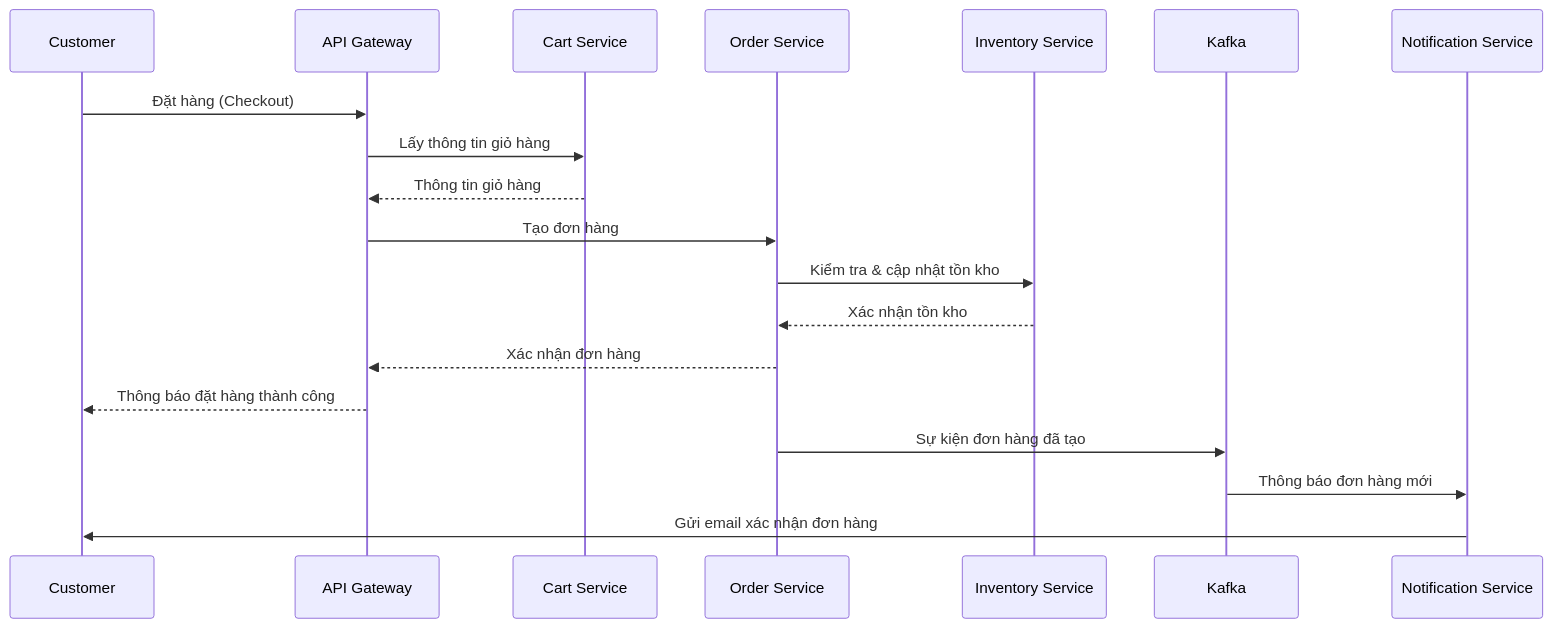
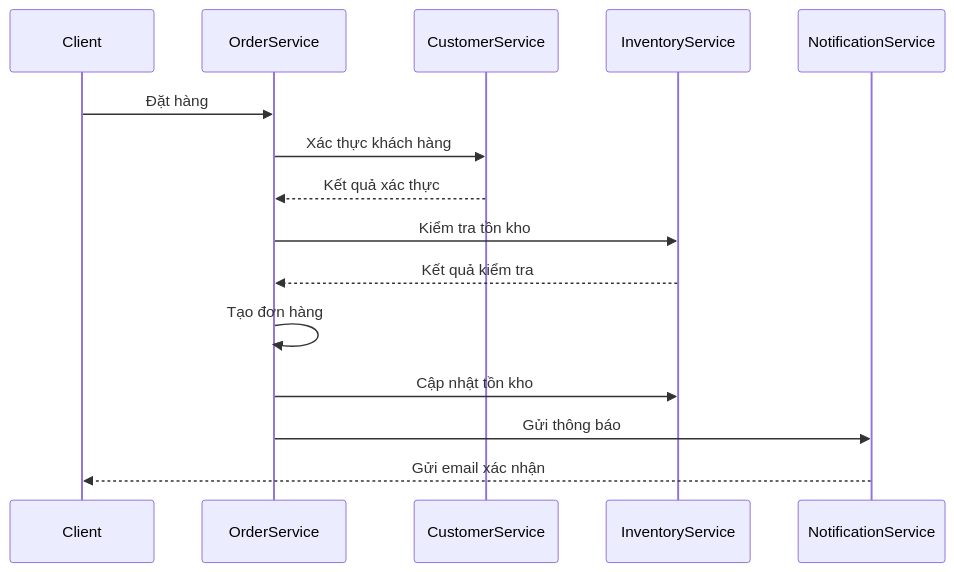
The second of 4 diagrams in test.md (CongHuaan/linhtinh), drawn with Mermaid before and after one commit. The commit also changed other lines of this file, not shown here.

````diff
--- a/test.md
+++ b/test.md
@@ -195,22 +284,18 @@
 ```mermaid
 sequenceDiagram
-    participant Customer
-    participant Gateway as API Gateway
-    participant Cart as Cart Service
-    participant Order as Order Service
-    participant Inventory as Inventory Service
-    participant Kafka
-    participant Notification as Notification Service
-    
-    Customer->>Gateway: Đặt hàng (Checkout)
-    Gateway->>Cart: Lấy thông tin giỏ hàng
-    Cart-->>Gateway: Thông tin giỏ hàng
-    Gateway->>Order: Tạo đơn hàng
-    Order->>Inventory: Kiểm tra & cập nhật tồn kho
-    Inventory-->>Order: Xác nhận tồn kho
-    Order-->>Gateway: Xác nhận đơn hàng
-    Gateway-->>Customer: Thông báo đặt hàng thành công
-    Order->>Kafka: Sự kiện đơn hàng đã tạo
-    Kafka->>Notification: Thông báo đơn hàng mới
-    Notification->>Customer: Gửi email xác nhận đơn hàng
+    participant Client
+    participant OrderService
+    participant CustomerService
+    participant InventoryService
+    participant NotificationService
+
+    Client->>OrderService: Đặt hàng
+    OrderService->>CustomerService: Xác thực khách hàng
+    CustomerService-->>OrderService: Kết quả xác thực
+    OrderService->>InventoryService: Kiểm tra tồn kho
+    InventoryService-->>OrderService: Kết quả kiểm tra
+    OrderService->>OrderService: Tạo đơn hàng
+    OrderService->>InventoryService: Cập nhật tồn kho
+    OrderService->>NotificationService: Gửi thông báo
+    NotificationService-->>Client: Gửi email xác nhận
 ```
````
